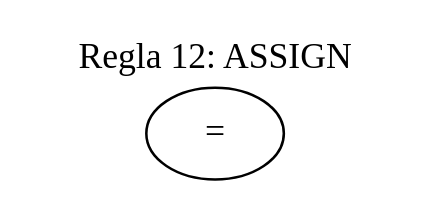
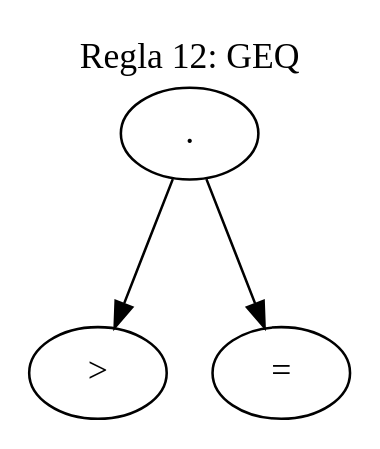
One commit to Isabella1911/Compis changed the diagram in output/ast_regla_12.dot. Above: the diagram before and after it, drawn with Graphviz. The commit also changed 28 other files, not shown here.

```diff
--- a/output/ast_regla_12.dot
+++ b/output/ast_regla_12.dot
@@ -1,8 +1,12 @@
 digraph AST {
   rankdir=TB;
   ranksep=0.8;
   labelloc=t;
-  label="Regla 12: ASSIGN";
+  label="Regla 12: GEQ";
   fontsize=14;
-  0 [label="="];
+  0 [label="."];
+  1 [label=">"];
+  0 -> 1;
+  2 [label="="];
+  0 -> 2;
 }
```
